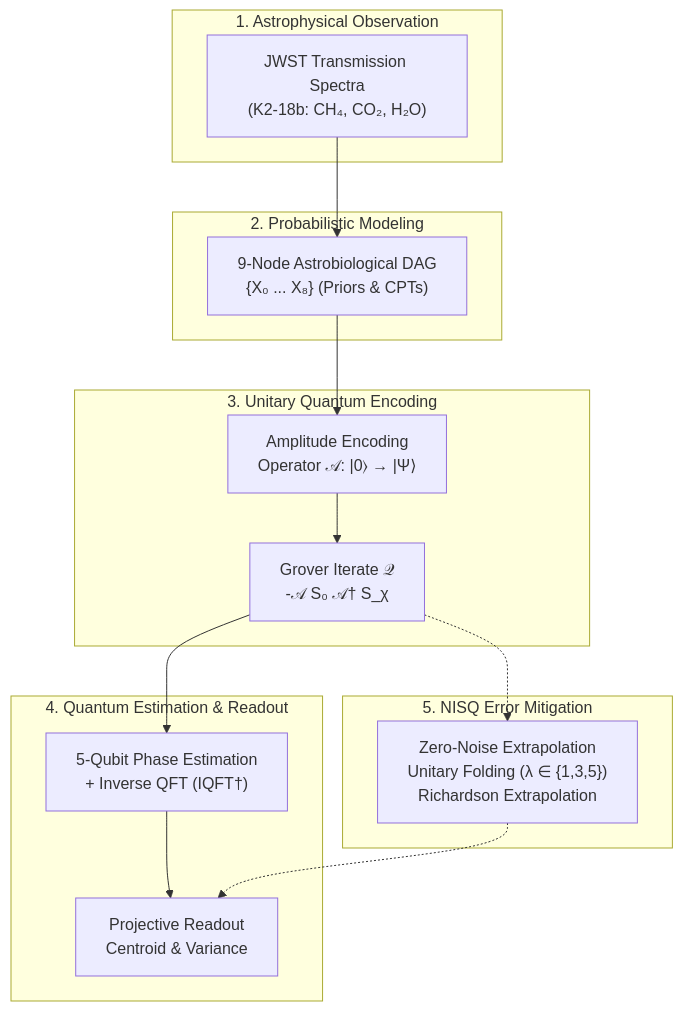
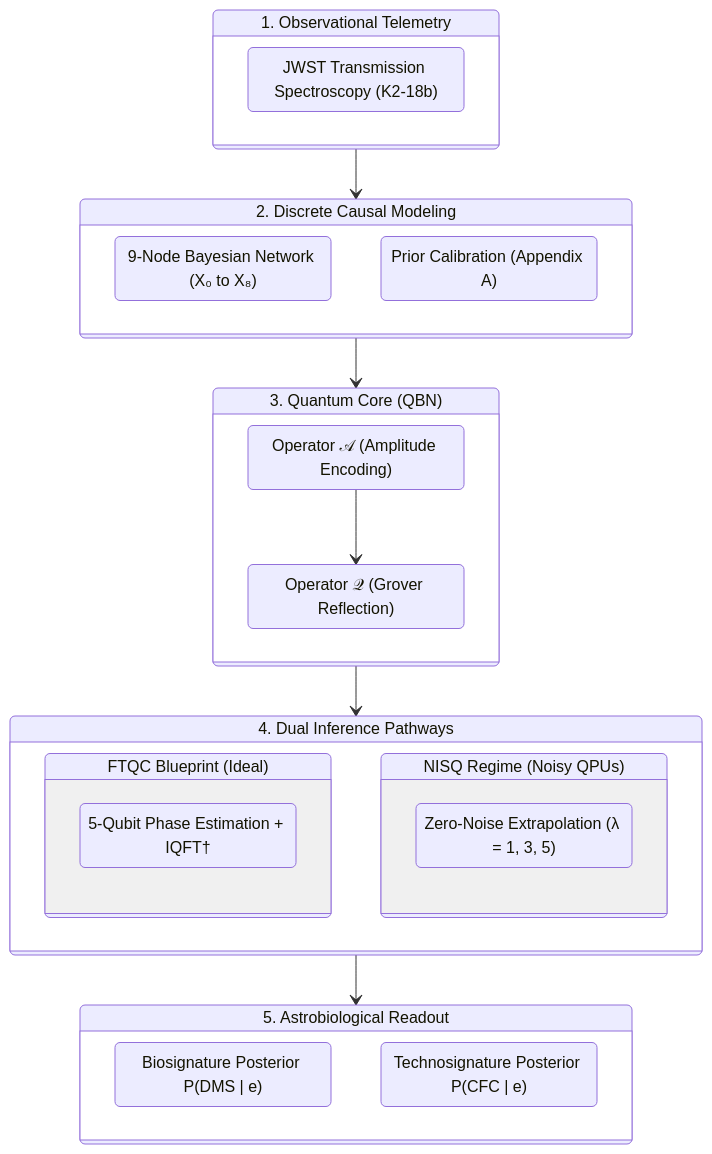
Before and after one commit to danielriverolosa/quantum-bayesian-inference-astrobiology: the diagram in README.md, drawn with Mermaid.

Commit message:
docs(readme): convert architecture diagram to stateDiagram-v2 in English

````diff
--- a/README.md
+++ b/README.md
@@ -52,32 +52,38 @@
 ```mermaid
-flowchart TD
-    subgraph S1["1. Astrophysical Observation"]
-        OBS["JWST Transmission Spectra<br/>(K2-18b: CH₄, CO₂, H₂O)"]
-    end
+stateDiagram-v2
+    direction TB
 
-    subgraph S2["2. Probabilistic Modeling"]
-        DAG["9-Node Astrobiological DAG<br/>{X₀ ... X₈} (Priors & CPTs)"]
-    end
+    state "1. Observational Telemetry" as S1 {
+        JWST: JWST Transmission Spectroscopy (K2-18b)
+    }
 
-    subgraph S3["3. Unitary Quantum Encoding"]
-        AE["Amplitude Encoding<br/>Operator 𝒜: |0⟩ → |Ψ⟩"]
-        Q["Grover Iterate 𝒬<br/>-𝒜 S₀ 𝒜† S_χ"]
-    end
+    state "2. Discrete Causal Modeling" as S2 {
+        DAG: 9-Node Bayesian Network (X₀ to X₈)
+        CPTs: Prior Calibration (Appendix A)
+    }
 
-    subgraph S4["4. Quantum Estimation & Readout"]
-        QPE["5-Qubit Phase Estimation<br/>+ Inverse QFT (IQFT†)"]
-        MEAS["Projective Readout<br/>Centroid & Variance"]
-    end
+    state "3. Quantum Core (QBN)" as S3 {
+        A: Operator 𝒜 (Amplitude Encoding)
+        Q: Operator 𝒬 (Grover Reflection)
+        A --> Q
+    }
 
-    subgraph S5["5. NISQ Error Mitigation"]
-        ZNE["Zero-Noise Extrapolation<br/>Unitary Folding (λ ∈ {1,3,5})<br/>Richardson Extrapolation"]
-    end
+    state "4. Dual Inference Pathways" as S4 {
+        state "FTQC Blueprint (Ideal)" as FTQC {
+            QPE: 5-Qubit Phase Estimation + IQFT†
+        }
+        state "NISQ Regime (Noisy QPUs)" as NISQ {
+            ZNE: Zero-Noise Extrapolation (λ = 1, 3, 5)
+        }
+    }
 
-    OBS --> DAG
-    DAG --> AE
-    AE --> Q
-    Q --> QPE
-    QPE --> MEAS
-    Q -.-> ZNE
-    ZNE -.-> MEAS
+    state "5. Astrobiological Readout" as S5 {
+        P_DMS: Biosignature Posterior P(DMS | e)
+        P_CFC: Technosignature Posterior P(CFC | e)
+    }
+
+    S1 --> S2
+    S2 --> S3
+    S3 --> S4
+    S4 --> S5
 ```
````
